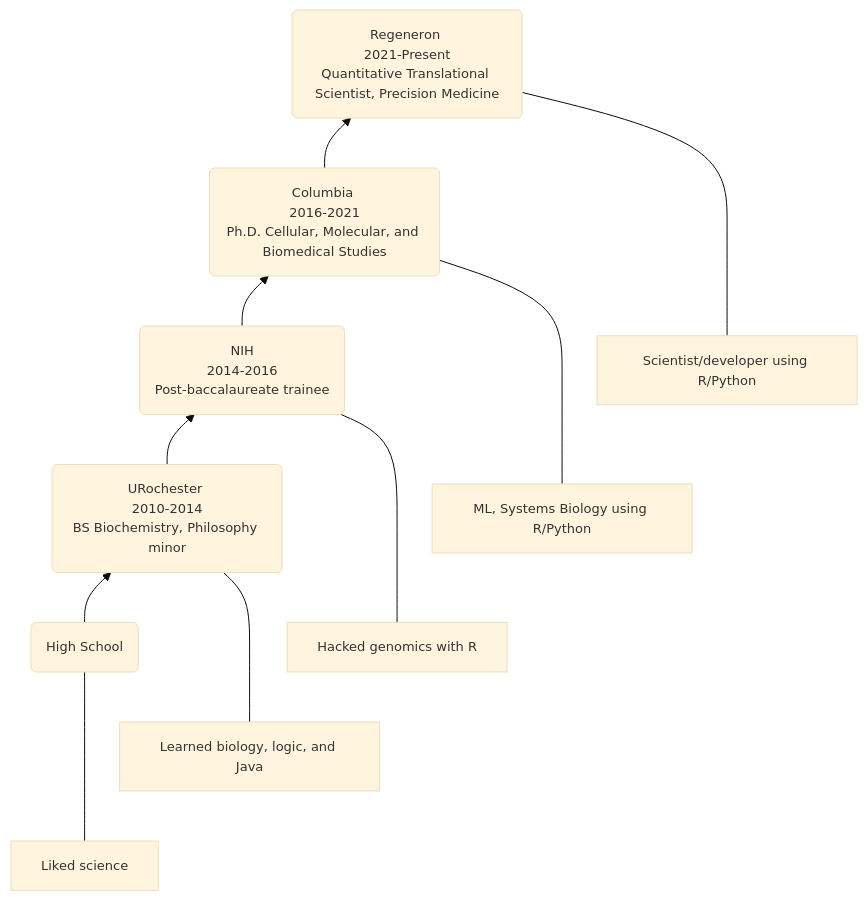
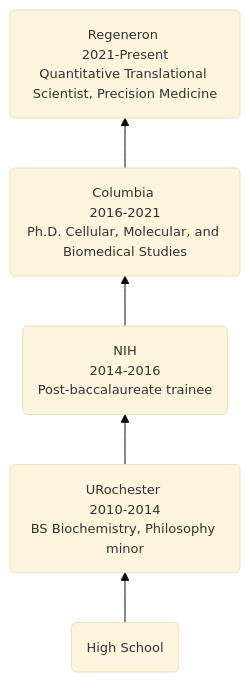
The diagram in content/about/index.qmd (ngiangre/ngiangre.github.io), drawn with Mermaid before and after one commit. The commit also changed other lines of this file and 3 other files, not shown here.

Commit message:
updated low chart

````diff
--- a/content/about/index.qmd
+++ b/content/about/index.qmd
@@ -38,20 +59,14 @@
 ```{mermaid .mermaid}
 %%| label: fig-mermaid-flowchart
 %%| fig-cap: Education and experience timeline
 
 %%{init: {'theme': 'base', 'sequence':{'useMaxWidth': false}, 'themeVariables': { 'fontSize': '13px', 'fontFamily': 'Inter', 'wrap': true}}}%%
 
 flowchart BT
 
   HS( High School ) --> College( URochester <br>2010-2014<br>BS Biochemistry, Philosophy minor)
   College --> Postbac( NIH <br>2014-2016<br>Post-baccalaureate trainee)
   Postbac --> Phd( Columbia <br>2016-2021<br>Ph.D. Cellular, Molecular, and Biomedical Studies)
   Phd -->  Job( Regeneron <br>2021-Present<br>Quantitative Translational Scientist, Precision Medicine)
- 
-  HSCoding[ Liked science <br>] <--- HS
-  CollegeCoding[ Learned biology, logic, and Java ] <--- College
-  PostbacCoding[ Hacked genomics with R ] <--- Postbac
-  PhdCoding[ ML, Systems Biology using R/Python ] <--- Phd
-  JobCoding[ Scientist/developer using R/Python ] <--- Job
   
 ```
````
